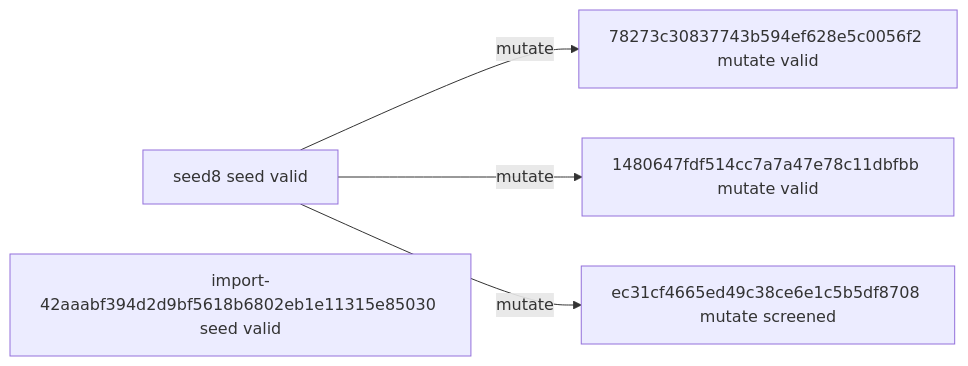
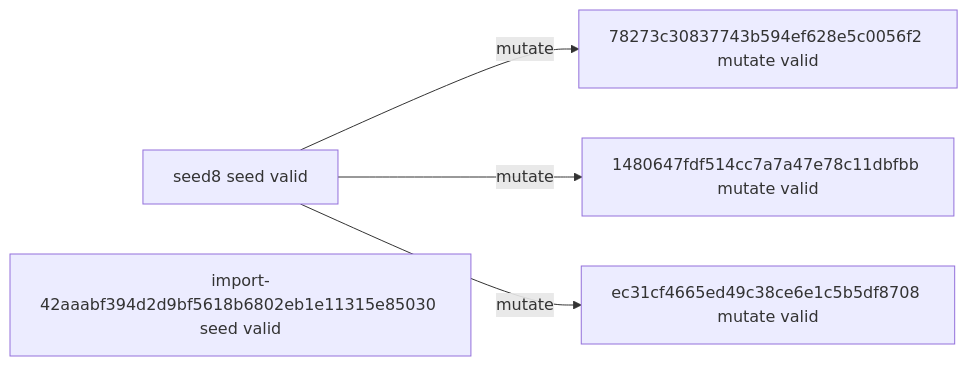
The diagram in experiments/campaigns/discrete-local-v1/README.md (timbtz/feyer-search-lab), drawn with Mermaid before and after one commit. The commit also changed other lines of this file and 7 other files, not shown here.

````diff
--- a/experiments/campaigns/discrete-local-v1/README.md
+++ b/experiments/campaigns/discrete-local-v1/README.md
@@ -21,11 +21,11 @@
 ```mermaid
 graph LR
   n0["seed8 seed valid"]
   n1["import-42aaabf394d2d9bf5618b6802eb1e11315e85030 seed valid"]
   n2["78273c30837743b594ef628e5c0056f2 mutate valid"]
   n3["1480647fdf514cc7a7a47e78c11dbfbb mutate valid"]
-  n4["ec31cf4665ed49c38ce6e1c5b5df8708 mutate screened"]
+  n4["ec31cf4665ed49c38ce6e1c5b5df8708 mutate valid"]
   n0 -->|mutate| n2
   n0 -->|mutate| n3
   n0 -->|mutate| n4
 ```
````
